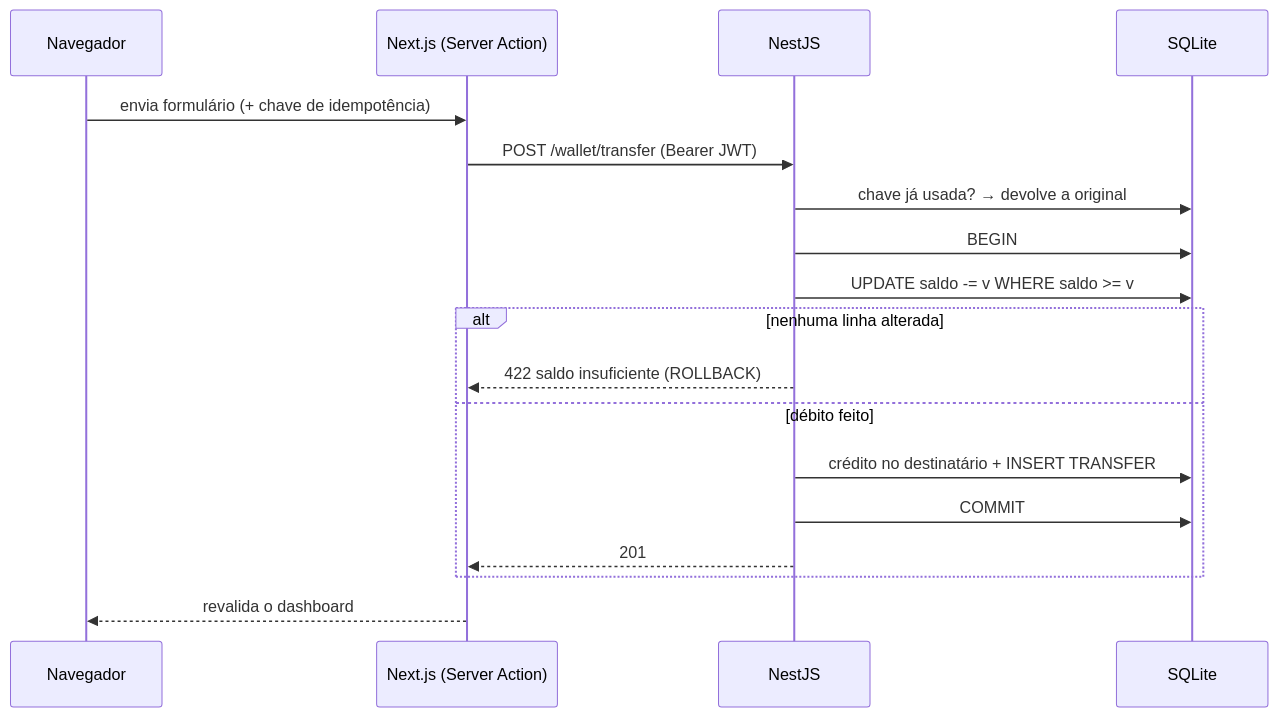
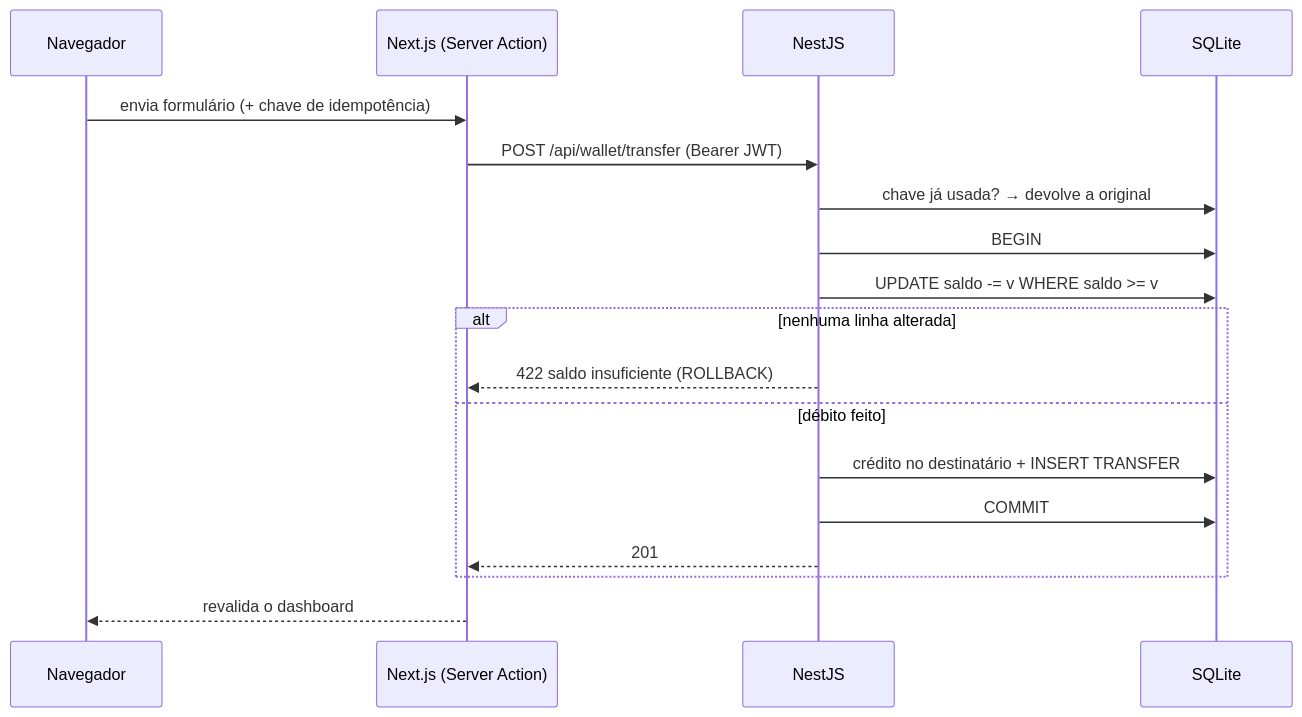
Before and after one commit to gabriel-andradev/desafio-dev-next: the second of 4 diagrams in README.md, drawn with Mermaid. The commit also changed other lines of this file and 1 other file, not shown here.

````diff
--- a/README.md
+++ b/README.md
@@ -110,20 +110,20 @@
 ```mermaid
 sequenceDiagram
     participant U as Navegador
     participant N as Next.js (Server Action)
     participant A as NestJS
     participant DB as SQLite
     U->>N: envia formulário (+ chave de idempotência)
-    N->>A: POST /wallet/transfer (Bearer JWT)
+    N->>A: POST /api/wallet/transfer (Bearer JWT)
     A->>DB: chave já usada? → devolve a original
     A->>DB: BEGIN
     A->>DB: UPDATE saldo -= v WHERE saldo >= v
     alt nenhuma linha alterada
         A-->>N: 422 saldo insuficiente (ROLLBACK)
     else débito feito
         A->>DB: crédito no destinatário + INSERT TRANSFER
         A->>DB: COMMIT
         A-->>N: 201
     end
     N-->>U: revalida o dashboard
 ```
````
